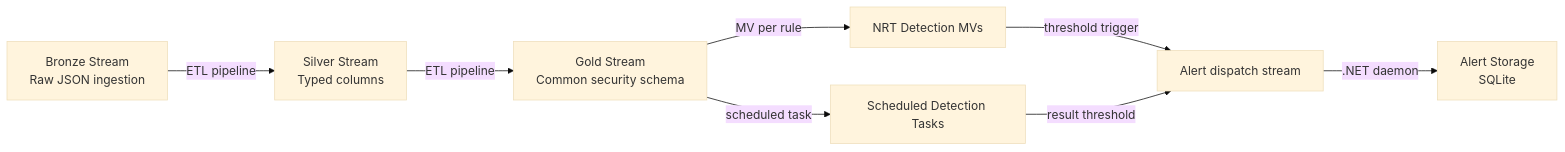
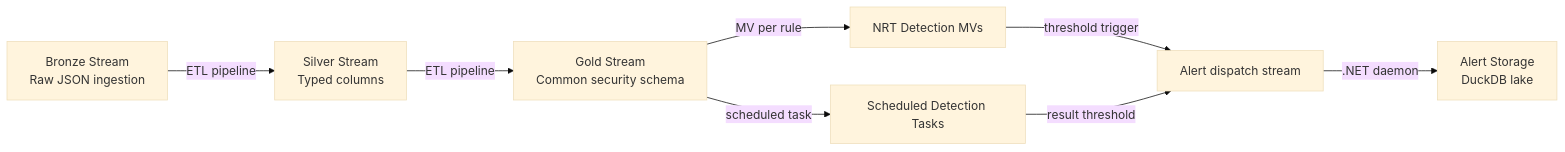
The third of 6 diagrams in docs/ARCHITECTURE.md (DeltaZulu-OU/DeltaZulu.Platform), drawn with Mermaid (base theme) before and after one commit. The commit also changed other lines of this file, not shown here.

Commit message:
Document lake vs operational state data model decision

````diff
--- a/docs/ARCHITECTURE.md
+++ b/docs/ARCHITECTURE.md
@@ -409,10 +459,10 @@
 ```mermaid
 flowchart LR
     B["Bronze Stream<br/>Raw JSON ingestion"] -->|ETL pipeline| S["Silver Stream<br/>Typed columns"]
     S -->|ETL pipeline| G["Gold Stream<br/>Common security schema"]
     G -->|MV per rule| NRT["NRT Detection MVs"]
     G -->|scheduled task| SCH["Scheduled Detection Tasks"]
     NRT -->|threshold trigger| A["Alert dispatch stream"]
     SCH -->|result threshold| A
-    A -->|.NET daemon| DB["Alert Storage<br/>SQLite"]
+    A -->|.NET daemon| DB["Alert Storage<br/>DuckDB lake"]
 ```
````
